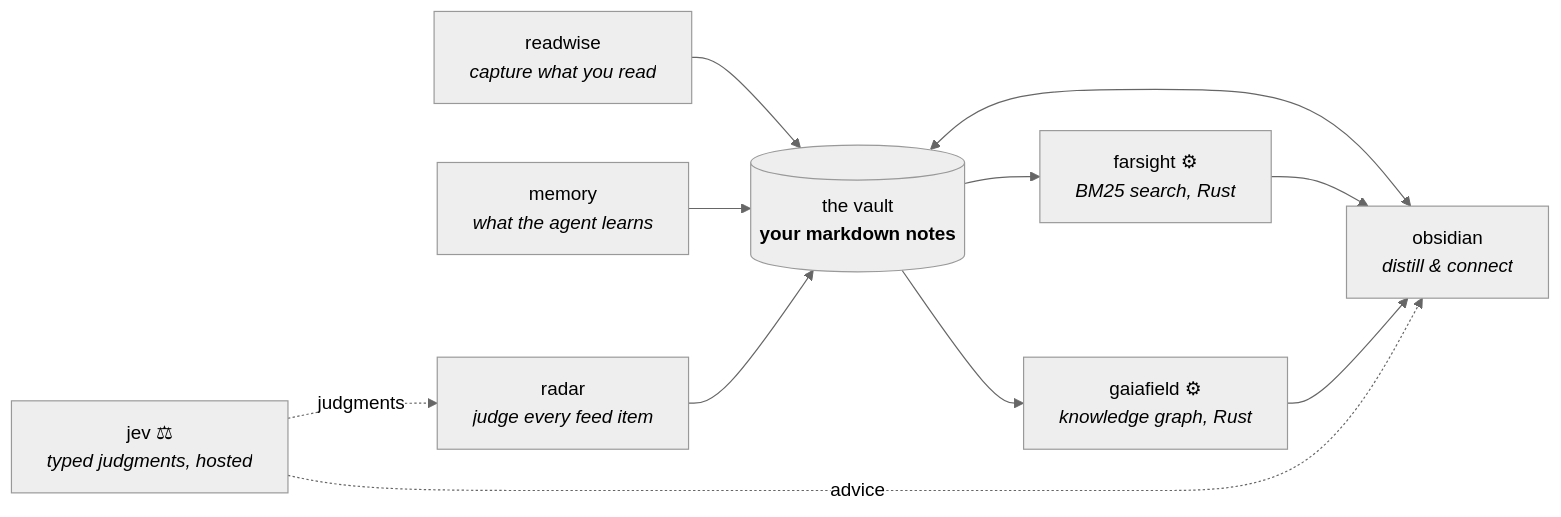
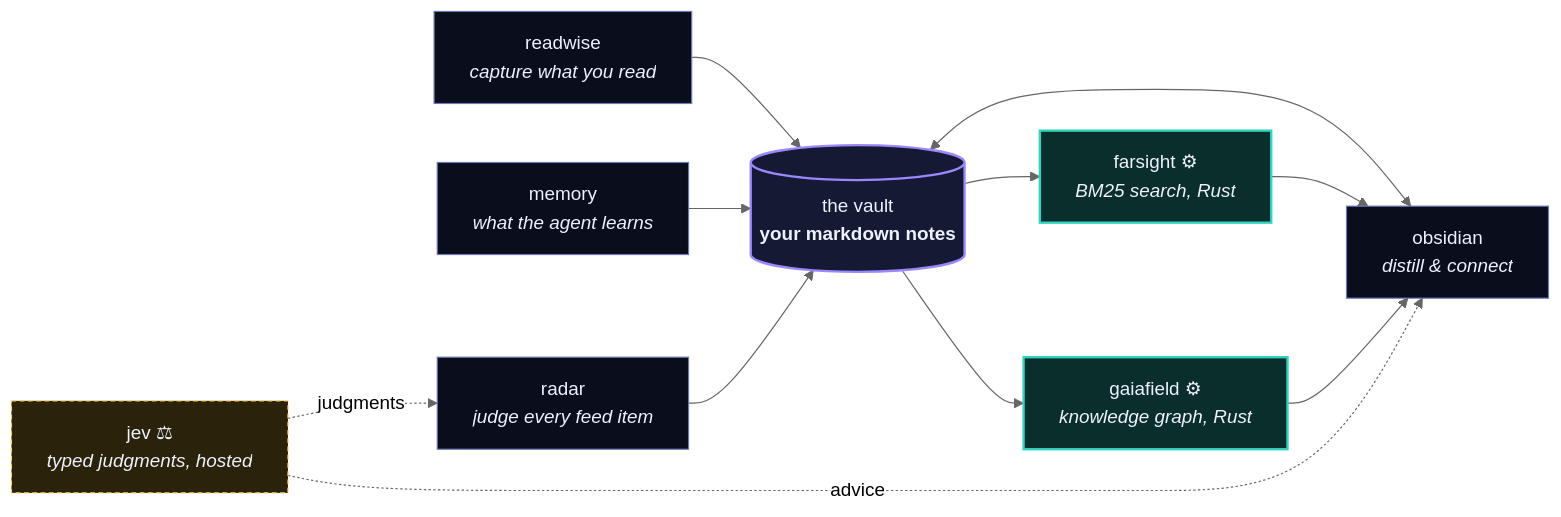
Before and after one commit to marsmike/agentic-toolkit: the first of 2 diagrams in README.md, drawn with Mermaid (neutral theme). The commit also changed other lines of this file and 13 other files, not shown here.

````diff
--- a/README.md
+++ b/README.md
@@ -21,13 +30,18 @@
 ```mermaid
 flowchart LR
-    R[readwise<br/><i>capture what you read</i>] --> V
-    V[(the vault<br/><b>your markdown notes</b>)] <--> O[obsidian<br/><i>distill &amp; connect</i>]
-    M[memory<br/><i>what the agent learns</i>] --> V
-    V --> F[farsight ⚙<br/><i>BM25 search, Rust</i>]
-    V --> G[gaiafield ⚙<br/><i>knowledge graph, Rust</i>]
+    classDef vault fill:#141a33,stroke:#9b87ff,color:#eef1ff,stroke-width:2px
+    classDef engine fill:#0a2e2b,stroke:#2fd4c0,color:#eef1ff,stroke-width:2px
+    classDef plugin fill:#0a0e1c,stroke:#6d78b8,color:#eef1ff
+    classDef advisor fill:#2a230a,stroke:#ffcf5c,color:#eef1ff,stroke-dasharray:4 3
+
+    R[readwise<br/><i>capture what you read</i>]:::plugin --> V
+    V[(the vault<br/><b>your markdown notes</b>)]:::vault <--> O[obsidian<br/><i>distill &amp; connect</i>]:::plugin
+    M[memory<br/><i>what the agent learns</i>]:::plugin --> V
+    V --> F[farsight ⚙<br/><i>BM25 search, Rust</i>]:::engine
+    V --> G[gaiafield ⚙<br/><i>knowledge graph, Rust</i>]:::engine
     F --> O
     G --> O
-    J[jev ⚖<br/><i>typed judgments, hosted</i>] -. advice .-> O
-    RD[radar<br/><i>judge every feed item</i>] --> V
+    J[jev ⚖<br/><i>typed judgments, hosted</i>]:::advisor -. advice .-> O
+    RD[radar<br/><i>judge every feed item</i>]:::plugin --> V
     J -. judgments .-> RD
 ```
````
